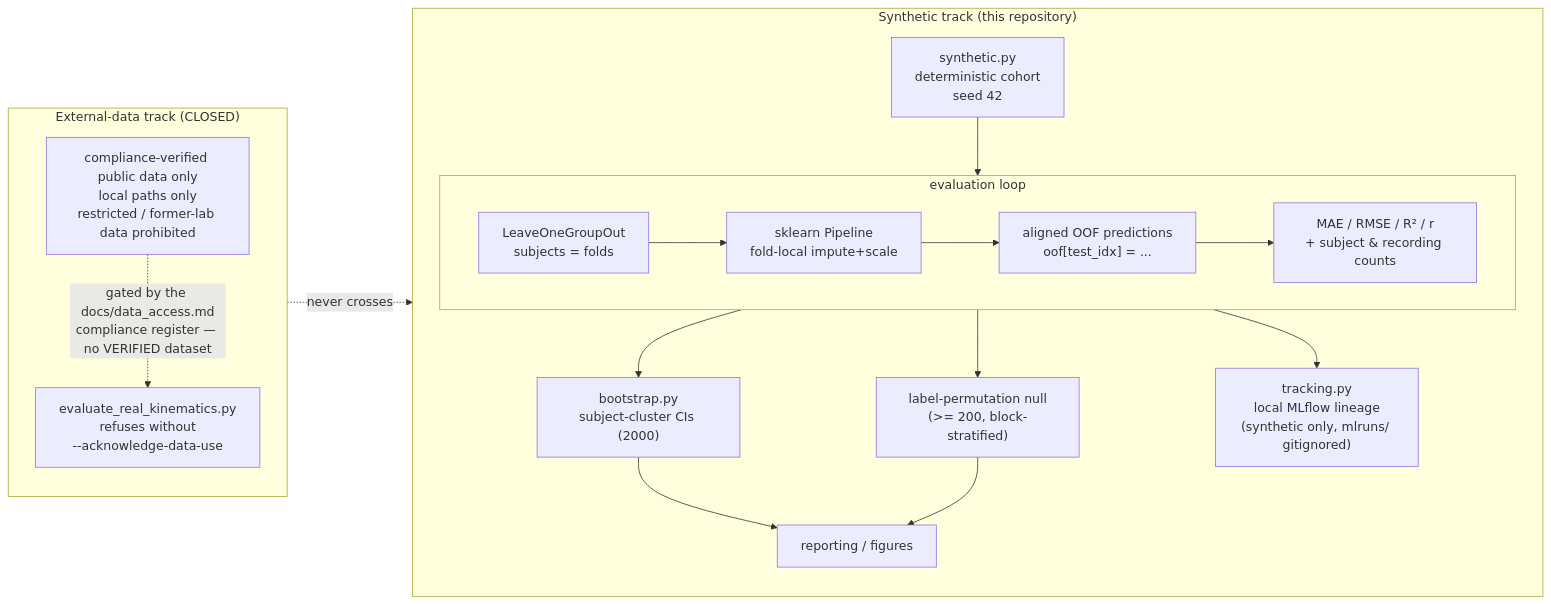
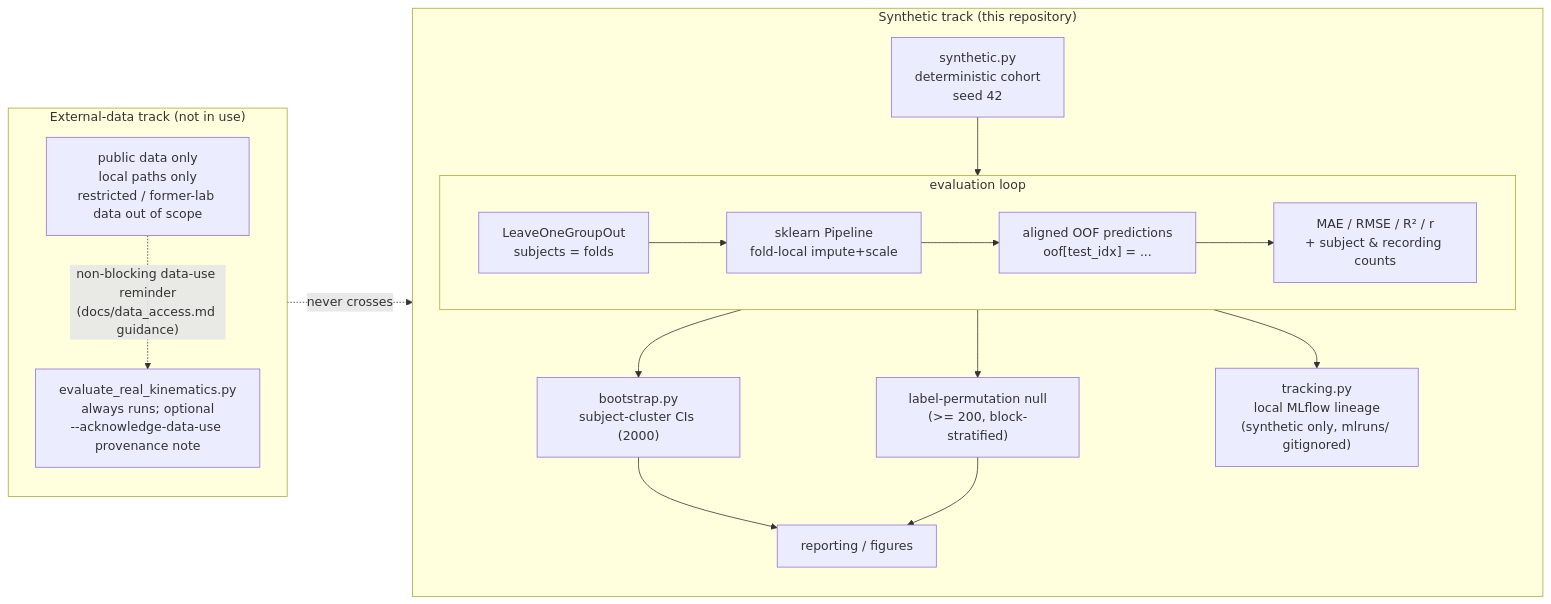
Before and after one commit to oleeveeuh/CURVE-ICON-DBSO: the first of 5 diagrams in docs/architecture.md, drawn with Mermaid. The commit also changed other lines of this file and 30 other files, not shown here.

````diff
--- a/docs/architecture.md
+++ b/docs/architecture.md
@@ -19,20 +19,20 @@
 ```mermaid
 flowchart LR
     subgraph synthetic["Synthetic track (this repository)"]
         GEN["synthetic.py<br/>deterministic cohort<br/>seed 42"] --> EVAL
         subgraph EVAL["evaluation loop"]
             LOSO["LeaveOneGroupOut<br/>subjects = folds"] --> PIPE["sklearn Pipeline<br/>fold-local impute+scale"]
             PIPE --> OOF["aligned OOF predictions<br/>oof[test_idx] = ..."]
             OOF --> MET["MAE / RMSE / R² / r<br/>+ subject & recording counts"]
         end
         EVAL --> BOOT["bootstrap.py<br/>subject-cluster CIs (2000)"]
         EVAL --> PERM["label-permutation null<br/>(>= 200, block-stratified)"]
         EVAL --> TRACK["tracking.py<br/>local MLflow lineage<br/>(synthetic only, mlruns/ gitignored)"]
         BOOT --> REP["reporting / figures"]
         PERM --> REP
     end
-    subgraph real["External-data track (CLOSED)"]
-        REAL["compliance-verified public data only<br/>local paths only<br/>restricted / former-lab data prohibited"] -.->|"gated by the docs/data_access.md<br/>compliance register — no VERIFIED dataset"| GATE["evaluate_real_kinematics.py<br/>refuses without<br/>--acknowledge-data-use"]
+    subgraph real["External-data track (not in use)"]
+        REAL["public data only<br/>local paths only<br/>restricted / former-lab data out of scope"] -.->|"non-blocking data-use reminder<br/>(docs/data_access.md guidance)"| GATE["evaluate_real_kinematics.py<br/>always runs; optional<br/>--acknowledge-data-use provenance note"]
     end
     real -.->|"never crosses"| synthetic
 ```
````
